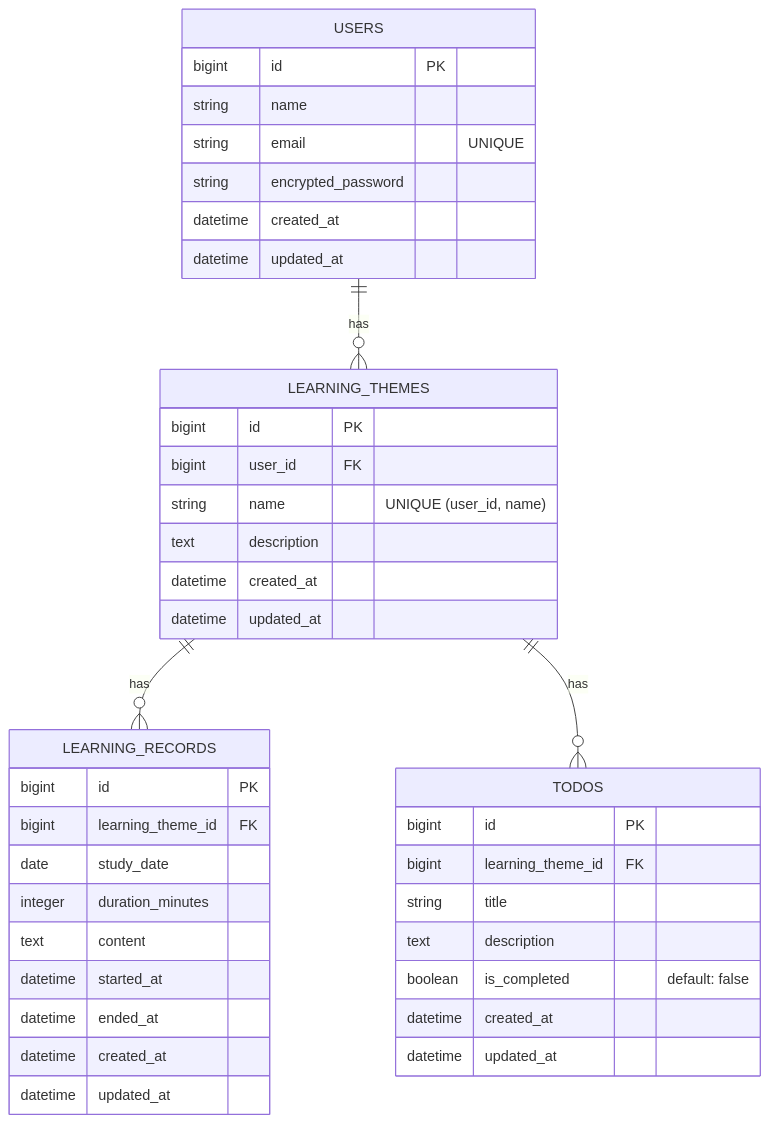
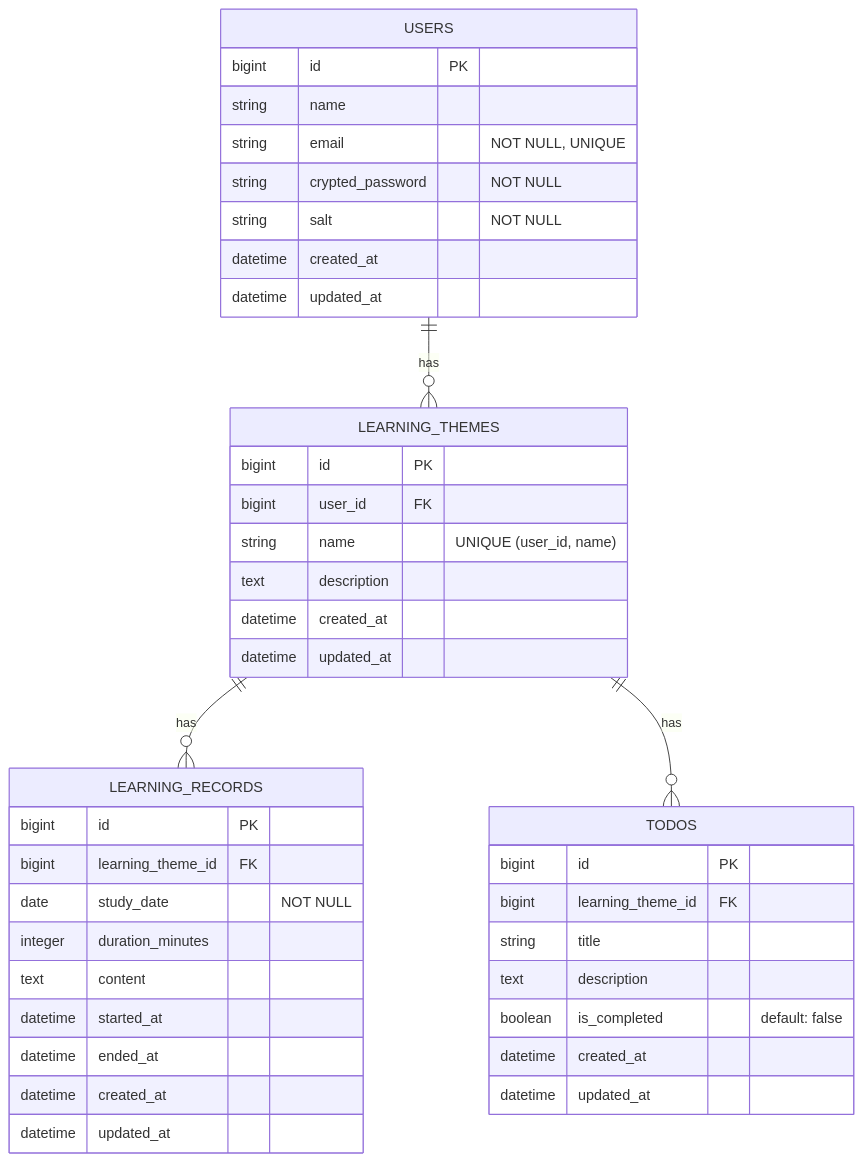
The diagram in docs/er_diagram.md (QynToKey/HowLongWillItLast), drawn with Mermaid before and after one commit. The commit also changed 1 other file, not shown here.

Commit message:
docs:add 技術スタックに'sorcery'を追加

````diff
--- a/docs/er_diagram.md
+++ b/docs/er_diagram.md
@@ -125,47 +125,48 @@
 ```mermaid
 erDiagram
 
     USERS {
         bigint id PK
         string name
-        string email "UNIQUE"
-        string encrypted_password
+        string email "NOT NULL, UNIQUE"
+        string crypted_password "NOT NULL"
+        string salt "NOT NULL"
         datetime created_at
         datetime updated_at
     }
 
     LEARNING_THEMES {
         bigint id PK
         bigint user_id FK
         string name "UNIQUE (user_id, name)"
         text description
         datetime created_at
         datetime updated_at
     }
 
     LEARNING_RECORDS {
         bigint id PK
         bigint learning_theme_id FK
-        date study_date
+        date study_date "NOT NULL"
         integer duration_minutes
         text content
         datetime started_at
         datetime ended_at
         datetime created_at
         datetime updated_at
     }
 
     TODOS {
         bigint id PK
         bigint learning_theme_id FK
         string title
         text description
         boolean is_completed "default: false"
         datetime created_at
         datetime updated_at
     }
 
     USERS ||--o{ LEARNING_THEMES : has
     LEARNING_THEMES ||--o{ LEARNING_RECORDS : has
     LEARNING_THEMES ||--o{ TODOS : has
 ```
````
